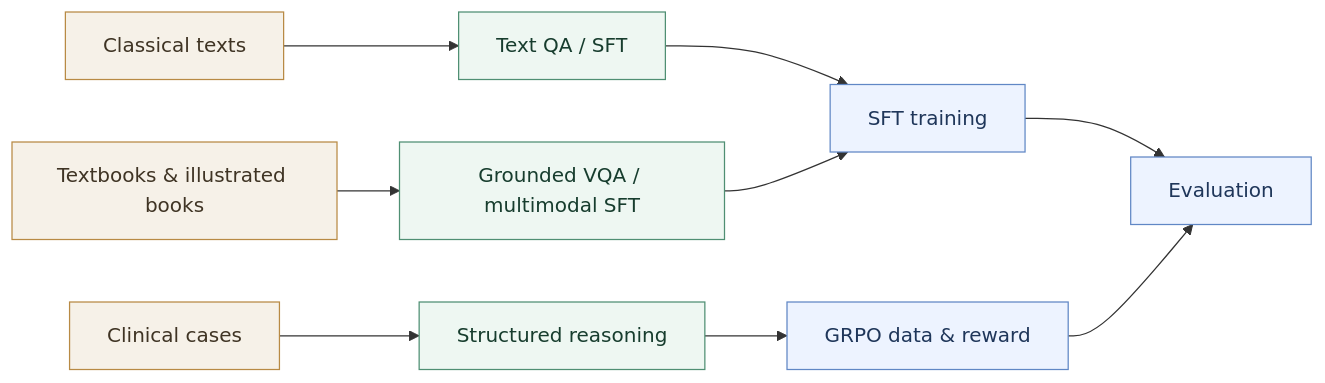
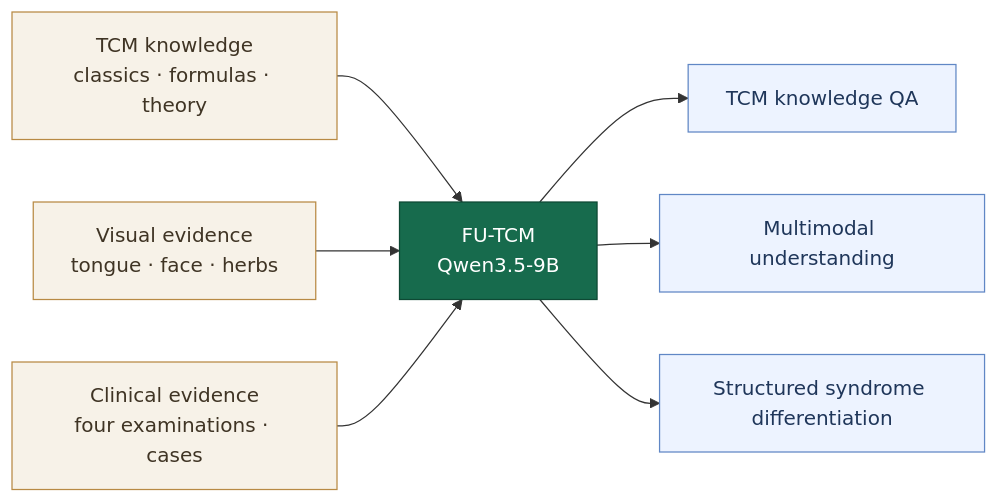
The diagram in README.md (HC-Guo/FU-TCM), drawn with Mermaid before and after one commit. The commit also changed other lines of this file and 13 other files, not shown here.

Commit message:
docs: present FU-TCM as a model-first project

````diff
--- a/README.md
+++ b/README.md
@@ -34,18 +50,16 @@
 ```mermaid
 flowchart LR
-    A["Classical texts"] --> B["Text QA / SFT"]
-    C["Textbooks & illustrated books"] --> D["Grounded VQA / multimodal SFT"]
-    E["Clinical cases"] --> F["Structured reasoning"]
-    B --> G["SFT training"]
-    D --> G
-    F --> H["GRPO data & reward"]
-    G --> I["Evaluation"]
-    H --> I
+    K["TCM knowledge<br/>classics · formulas · theory"] --> M["FU-TCM<br/>Qwen3.5-9B"]
+    V["Visual evidence<br/>tongue · face · herbs"] --> M
+    C["Clinical evidence<br/>four examinations · cases"] --> M
+    M --> Q["TCM knowledge QA"]
+    M --> U["Multimodal understanding"]
+    M --> R["Structured syndrome differentiation"]
 
-    classDef source fill:#f6f1e8,stroke:#b88a44,color:#3f3424;
-    classDef process fill:#eef7f2,stroke:#4f8f73,color:#173d2e;
-    classDef train fill:#edf3ff,stroke:#6087c5,color:#1f365a;
-    class A,C,E source;
-    class B,D,F process;
-    class G,H,I train;
+    classDef input fill:#f7f2e8,stroke:#b88a44,color:#3f3424;
+    classDef model fill:#176b4d,stroke:#0e4934,color:#ffffff;
+    classDef output fill:#edf3ff,stroke:#6087c5,color:#1f365a;
+    class K,V,C input;
+    class M model;
+    class Q,U,R output;
 ```
````
